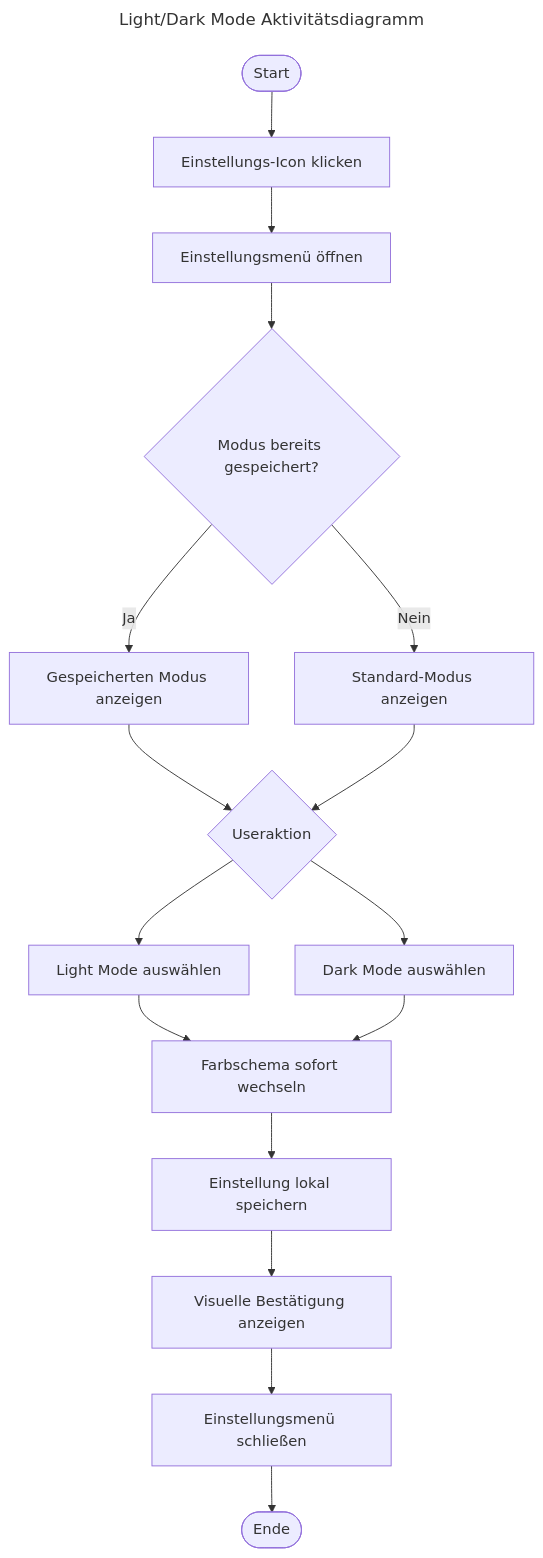
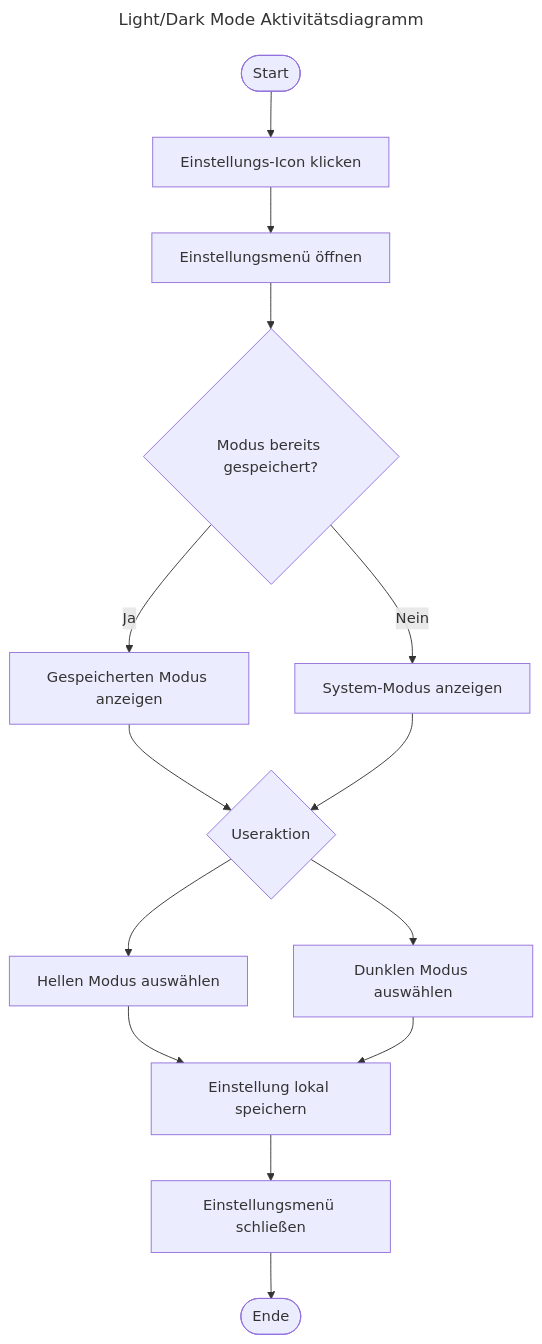
One commit to Hexfields-Studio/HexfieldsDominion-Artefacts changed the second of 2 diagrams in srs/user_interface/light_dark_mode/light_dark_mode.md. Above: the diagram before and after it, drawn with Mermaid. The commit also changed other lines of this file and 4 other files, not shown here.

Commit message:
Added UC_Home_Page; Refreshed UC_Light_Dark_Mode

````diff
--- a/srs/user_interface/light_dark_mode/light_dark_mode.md
+++ b/srs/user_interface/light_dark_mode/light_dark_mode.md
@@ -88,21 +73,19 @@
 ```mermaid
 ---
 title: Light/Dark Mode Aktivitätsdiagramm
 ---
 flowchart TD
     A([Start]) --> B[Einstellungs-Icon klicken]
     B --> C[Einstellungsmenü öffnen]
     C --> D{Modus bereits gespeichert?}
     D -- Ja --> E[Gespeicherten Modus anzeigen]
-    D -- Nein --> F[Standard-Modus anzeigen]
+    D -- Nein --> F[System-Modus anzeigen]
     E --> G{Useraktion}
     F --> G
-    G --> H[Light Mode auswählen]
-    G --> I[Dark Mode auswählen]
+    G --> H[Hellen Modus auswählen]
+    G --> I[Dunklen Modus auswählen]
     H --> K[Farbschema sofort wechseln]
-    I --> K
-    K --> M[Einstellung lokal speichern]
-    M --> N[Visuelle Bestätigung anzeigen]
-    N --> O[Einstellungsmenü schließen]
-    O --> P([Ende])
+    I --> K[Einstellung lokal speichern]
+    K --> M[Einstellungsmenü schließen]
+    M --> N([Ende])
 ```
````
